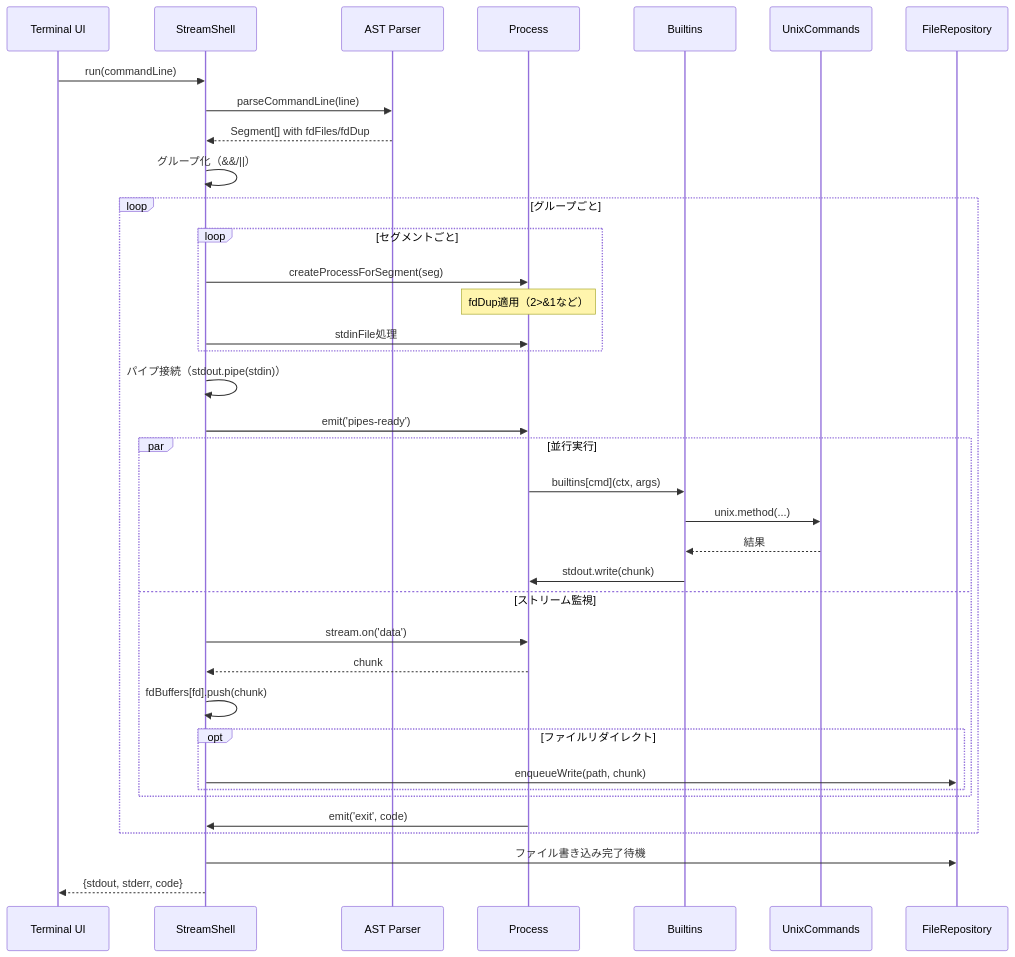
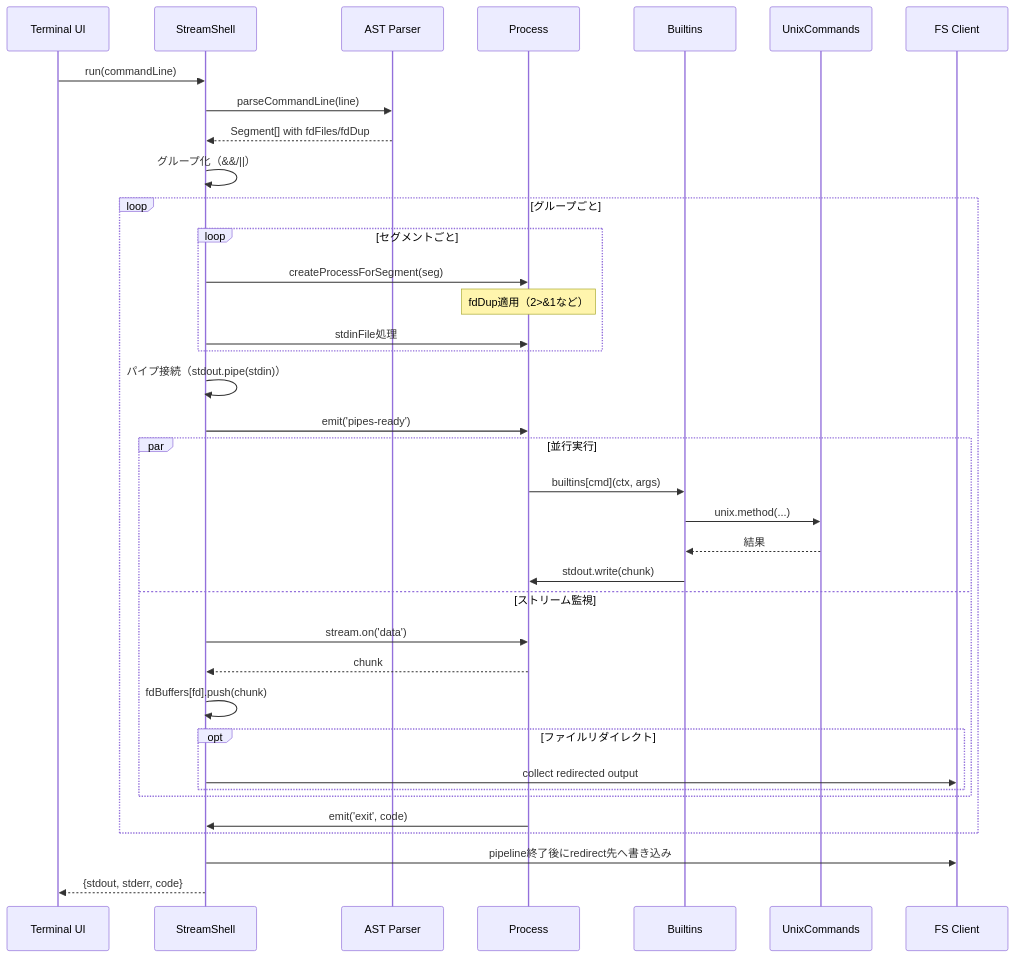
One commit to Stasshe/Pyxis-CodeCanvas changed the fifth of 8 diagrams in docs/SHELL-SYSTEM.md. Above: the diagram before and after it, drawn with Mermaid. The commit also changed other lines of this file and 330 other files, not shown here.

````diff
--- a/docs/SHELL-SYSTEM.md
+++ b/docs/SHELL-SYSTEM.md
@@ -285,46 +291,46 @@
 ```mermaid
 sequenceDiagram
     participant User as Terminal UI
     participant Shell as StreamShell
     participant Parser as AST Parser
     participant Proc as Process
     participant Builtin as Builtins
     participant Unix as UnixCommands
-    participant FS as FileRepository
+    participant FS as FS Client
     
     User->>Shell: run(commandLine)
     Shell->>Parser: parseCommandLine(line)
     Parser-->>Shell: Segment[] with fdFiles/fdDup
     
     Shell->>Shell: グループ化（&&/||）
     
     loop グループごと
         loop セグメントごと
             Shell->>Proc: createProcessForSegment(seg)
             Note over Proc: fdDup適用（2>&1など）
             Shell->>Proc: stdinFile処理
         end
         
         Shell->>Shell: パイプ接続（stdout.pipe(stdin)）
         Shell->>Proc: emit('pipes-ready')
         
         par 並行実行
             Proc->>Builtin: builtins[cmd](ctx, args)
             Builtin->>Unix: unix.method(...)
             Unix-->>Builtin: 結果
             Builtin->>Proc: stdout.write(chunk)
         and ストリーム監視
             Shell->>Proc: stream.on('data')
             Proc-->>Shell: chunk
             Shell->>Shell: fdBuffers[fd].push(chunk)
             opt ファイルリダイレクト
-                Shell->>FS: enqueueWrite(path, chunk)
+                Shell->>FS: collect redirected output
             end
         end
         
         Proc->>Shell: emit('exit', code)
     end
     
-    Shell->>FS: ファイル書き込み完了待機
+    Shell->>FS: pipeline終了後にredirect先へ書き込み
     Shell-->>User: {stdout, stderr, code}
 ```
````
